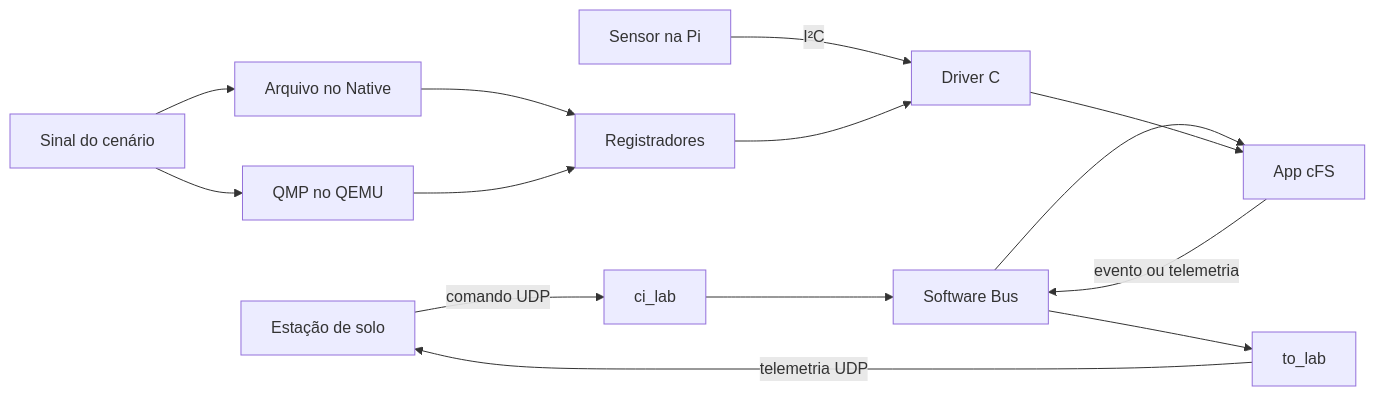
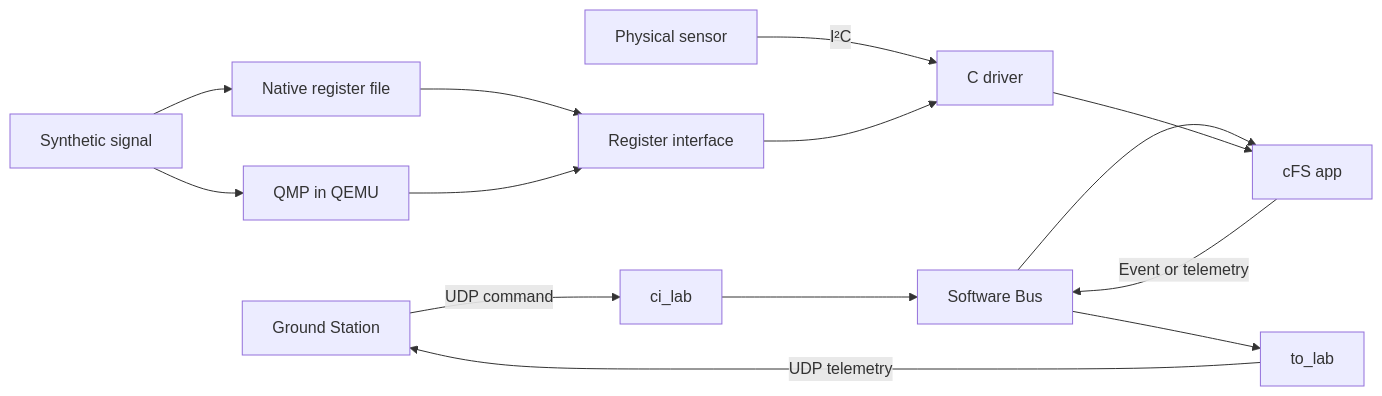
Before and after one commit to Raiagues/cfs_emulator: the diagram in README.md, drawn with Mermaid. The commit also changed other lines of this file and 317 other files, not shown here.

````diff
--- a/README.md
+++ b/README.md
@@ -89,9 +73,9 @@
 ```mermaid
 flowchart LR
-  GS[Estação de solo] -- comando UDP --> CI[ci_lab] --> SB[Software Bus] --> A[App cFS]
-  A -- evento ou telemetria --> SB --> TO[to_lab] -- telemetria UDP --> GS
-  S[Sinal do cenário] --> F[Arquivo no Native] --> D[Registradores]
-  S --> Q[QMP no QEMU] --> D
-  P[Sensor na Pi] -- I²C --> DR[Driver C]
+  GS[Ground Station] -- UDP command --> CI[ci_lab] --> SB[Software Bus] --> A[cFS app]
+  A -- Event or telemetry --> SB --> TO[to_lab] -- UDP telemetry --> GS
+  S[Synthetic signal] --> F[Native register file] --> D[Register interface]
+  S --> Q[QMP in QEMU] --> D
+  P[Physical sensor] -- I²C --> DR[C driver]
   D --> DR --> A
 ```
````
